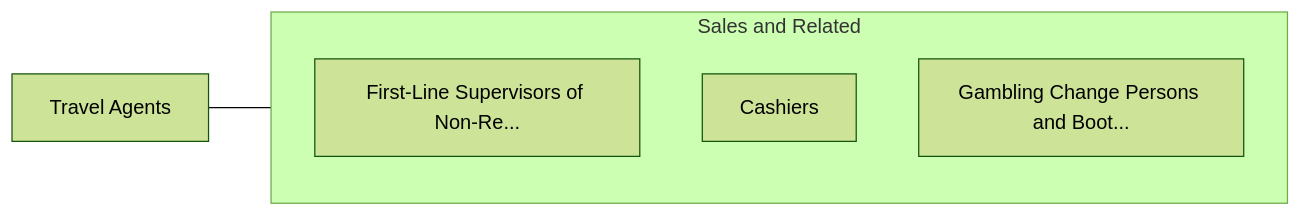
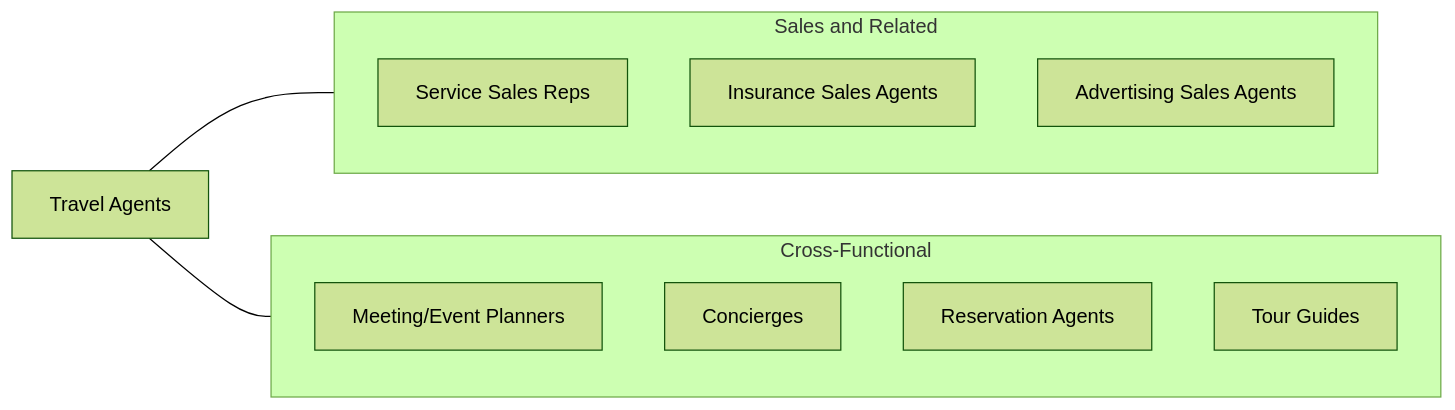
Before and after one commit to kziemski/business.org.ai: the fourth of 4 diagrams in occupations/Sales/TravelAgents.mdx, drawn with Mermaid (forest theme). The commit also changed other lines of this file and 938 other files, not shown here.

````diff
--- a/occupations/Sales/TravelAgents.mdx
+++ b/occupations/Sales/TravelAgents.mdx
@@ -102,13 +171,20 @@
 ```mermaid
 graph LR
     Current["Travel Agents"]
 
     subgraph SameCategory["Sales and Related"]
-        FirstLineSupervisors["First-Line Supervisors of Retail..."]
-        FirstLineSupervisors["First-Line Supervisors of Non-Re..."]
-        Cashiers["Cashiers"]
-        GamblingChangePerson["Gambling Change Persons and Boot..."]
+        ServiceReps["Service Sales Reps"]
+        InsuranceSales["Insurance Sales Agents"]
+        AdvSales["Advertising Sales Agents"]
+    end
+
+    subgraph CrossFunctional["Cross-Functional"]
+        EventPlanners["Meeting/Event Planners"]
+        Concierges["Concierges"]
+        ReservationAgents["Reservation Agents"]
+        TourGuides["Tour Guides"]
     end
 
     Current --- SameCategory
+    Current --- CrossFunctional
 ```
````
